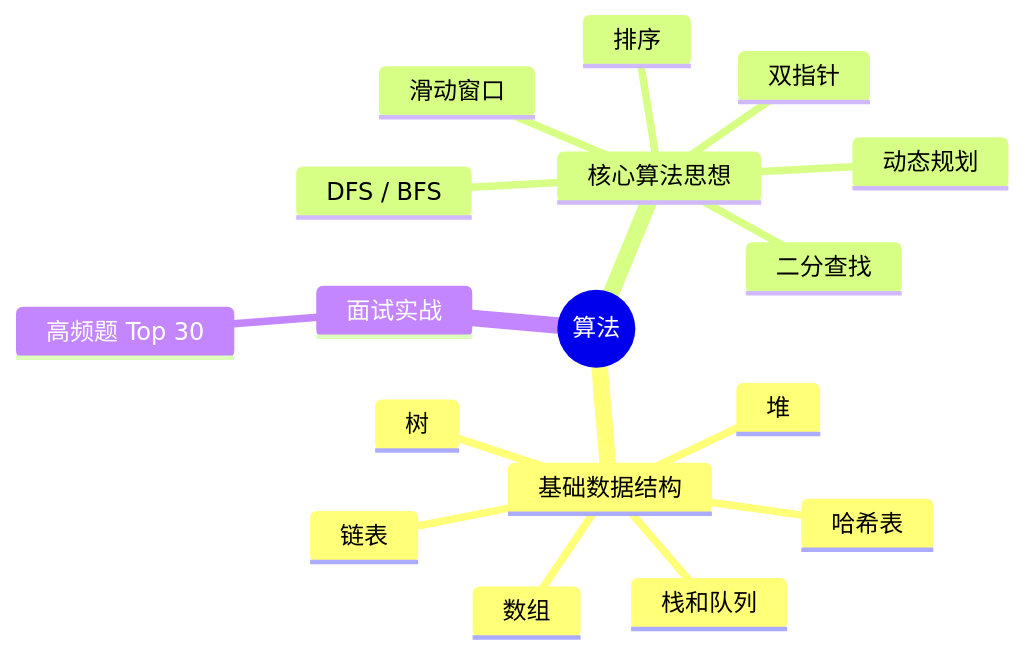
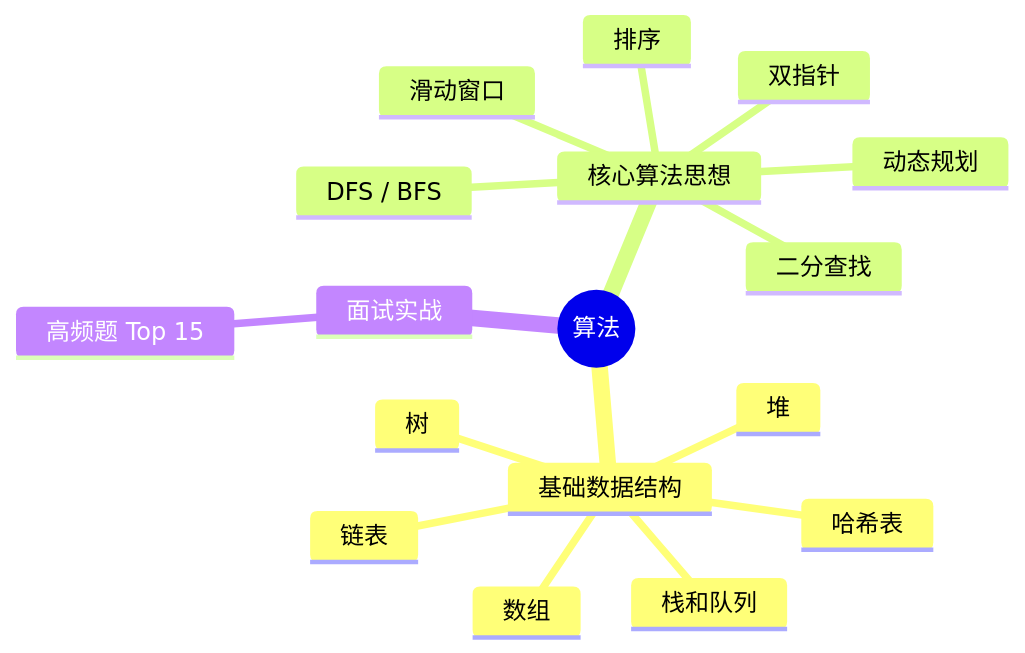
Before and after one commit to zjh42139/interview-notes: the diagram in docs/算法/index.md, drawn with Mermaid. The commit also changed other lines of this file and 44 other files, not shown here.

````diff
--- a/docs/算法/index.md
+++ b/docs/算法/index.md
@@ -17,20 +17,20 @@
 ```mermaid
 mindmap
   root((算法))
     基础数据结构
       数组
       哈希表
       栈和队列
       堆
       链表
       树
     核心算法思想
       双指针
       滑动窗口
       二分查找
       排序
       DFS / BFS
       动态规划
     面试实战
-      高频题 Top 30
+      高频题 Top 15
 ```
````
